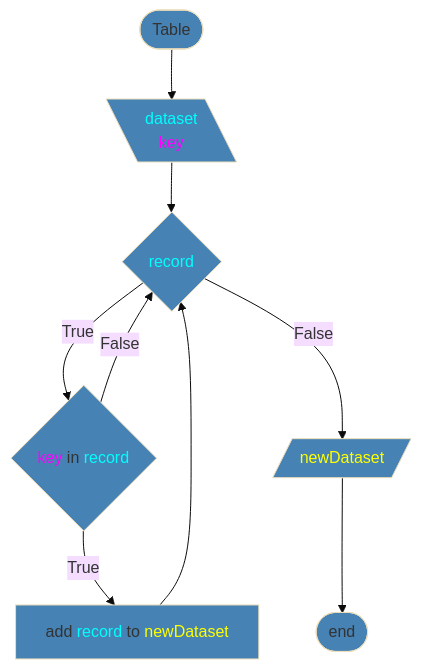
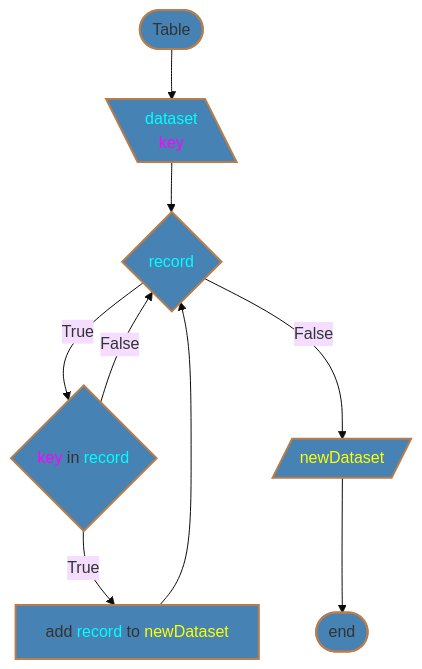
One commit to 7s4e/p3 changed diagram 13 of 20 in scripts/table/design.md. Above: the diagram before and after it, drawn with Mermaid (base theme). The commit also changed other lines of this file, not shown here.

````diff
--- a/scripts/table/design.md
+++ b/scripts/table/design.md
@@ -407,22 +407,22 @@
 ```mermaid
 flowchart
-    classDef fill fill:#4682b4
-    STR([Table]):::fill
+    classDef shape fill:#4682b4,stroke:#b97d4b,stroke-width:2px
+    STR([Table]):::shape
         STR --> INP
     INP[\"<span style='color:cyan;'>dataset</span>
-          <span style='color:magenta;'>key</span>"\]:::fill
+          <span style='color:magenta;'>key</span>"\]:::shape
         INP --> RCD
-    RCD{"<span style='color:cyan;'>record</span>"}:::fill
+    RCD{"<span style='color:cyan;'>record</span>"}:::shape
         RCD -- True  --> KEY
         KEY -- False --> RCD
         ADD          --> RCD
         RCD -- False --> SET
     KEY{"<span style='color:magenta;'>key</span> in <span style=
-             'color:cyan;'>record</span>"}:::fill
+             'color:cyan;'>record</span>"}:::shape
         KEY -- True --> ADD
     ADD["add <span style='color:cyan;'>record</span> to <span style=
-             'color:yellow;'>newDataset</span>"]:::fill
-    SET[/"<span style='color:yellow;'>newDataset</span>"/]:::fill
+             'color:yellow;'>newDataset</span>"]:::shape
+    SET[/"<span style='color:yellow;'>newDataset</span>"/]:::shape
         SET --> END
-    END([end]):::fill
+    END([end]):::shape
 ```
````
